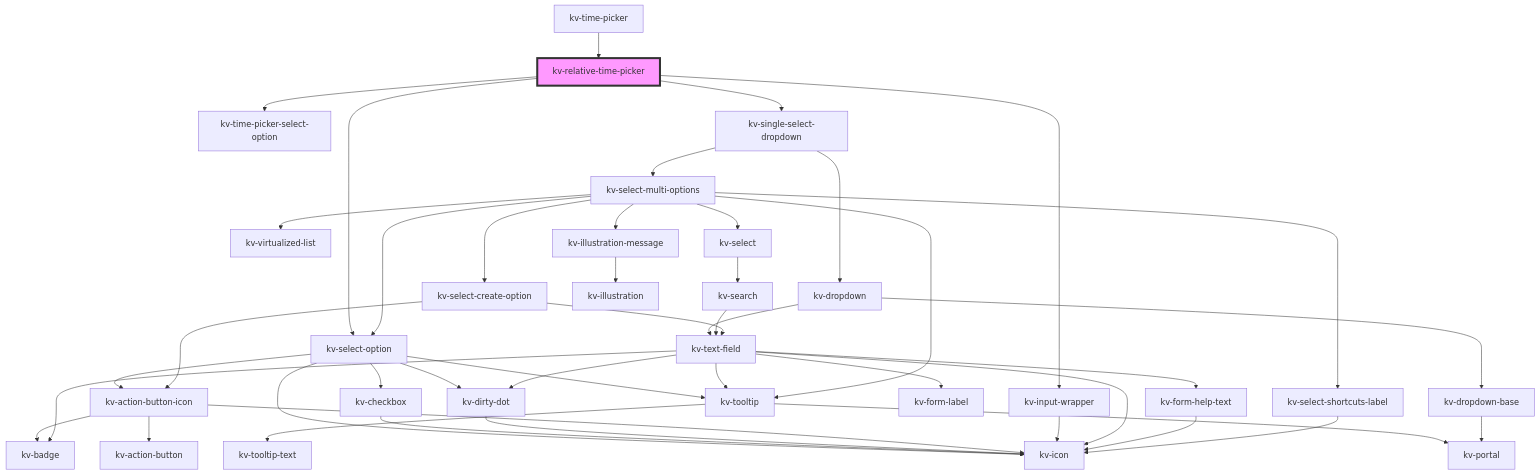
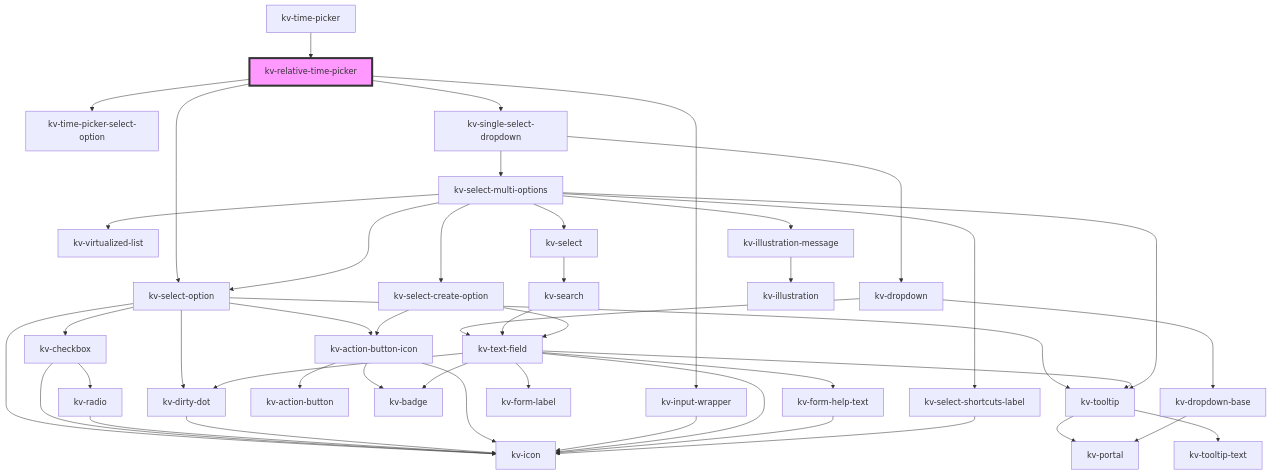
One commit to kelvininc/ui-components changed the diagram in packages/ui-components/src/components/relative-time-picker/readme.md. Above: the diagram before and after it, drawn with Mermaid. The commit also changed 36 other files, not shown here.

````diff
--- a/packages/ui-components/src/components/relative-time-picker/readme.md
+++ b/packages/ui-components/src/components/relative-time-picker/readme.md
@@ -80,47 +80,49 @@
 ```mermaid
 graph TD;
   kv-relative-time-picker --> kv-time-picker-select-option
   kv-relative-time-picker --> kv-select-option
   kv-relative-time-picker --> kv-input-wrapper
   kv-relative-time-picker --> kv-single-select-dropdown
   kv-select-option --> kv-checkbox
   kv-select-option --> kv-tooltip
   kv-select-option --> kv-icon
   kv-select-option --> kv-dirty-dot
   kv-select-option --> kv-action-button-icon
+  kv-checkbox --> kv-radio
   kv-checkbox --> kv-icon
+  kv-radio --> kv-icon
   kv-tooltip --> kv-portal
   kv-tooltip --> kv-tooltip-text
   kv-dirty-dot --> kv-icon
   kv-action-button-icon --> kv-action-button
   kv-action-button-icon --> kv-icon
   kv-action-button-icon --> kv-badge
   kv-input-wrapper --> kv-icon
   kv-single-select-dropdown --> kv-dropdown
   kv-single-select-dropdown --> kv-select-multi-options
   kv-dropdown --> kv-dropdown-base
   kv-dropdown --> kv-text-field
   kv-dropdown-base --> kv-portal
   kv-text-field --> kv-tooltip
   kv-text-field --> kv-form-label
   kv-text-field --> kv-icon
   kv-text-field --> kv-dirty-dot
   kv-text-field --> kv-badge
   kv-text-field --> kv-form-help-text
   kv-form-help-text --> kv-icon
   kv-select-multi-options --> kv-virtualized-list
   kv-select-multi-options --> kv-select-option
   kv-select-multi-options --> kv-select
   kv-select-multi-options --> kv-tooltip
   kv-select-multi-options --> kv-illustration-message
   kv-select-multi-options --> kv-select-create-option
   kv-select-multi-options --> kv-select-shortcuts-label
   kv-select --> kv-search
   kv-search --> kv-text-field
   kv-illustration-message --> kv-illustration
   kv-select-create-option --> kv-text-field
   kv-select-create-option --> kv-action-button-icon
   kv-select-shortcuts-label --> kv-icon
   kv-time-picker --> kv-relative-time-picker
   style kv-relative-time-picker fill:#f9f,stroke:#333,stroke-width:4px
 ```
````
